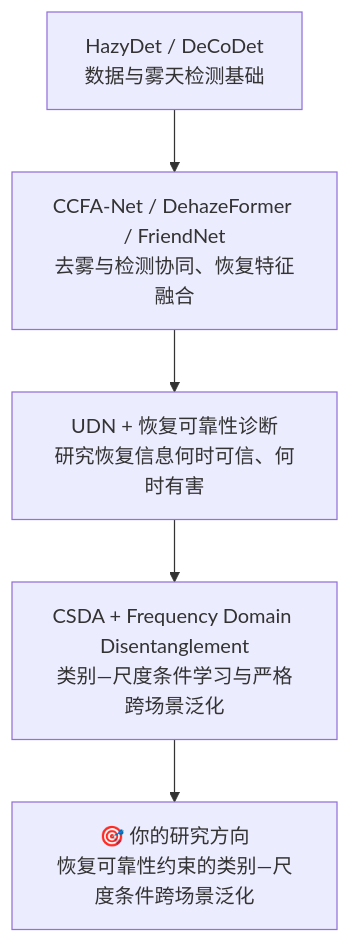
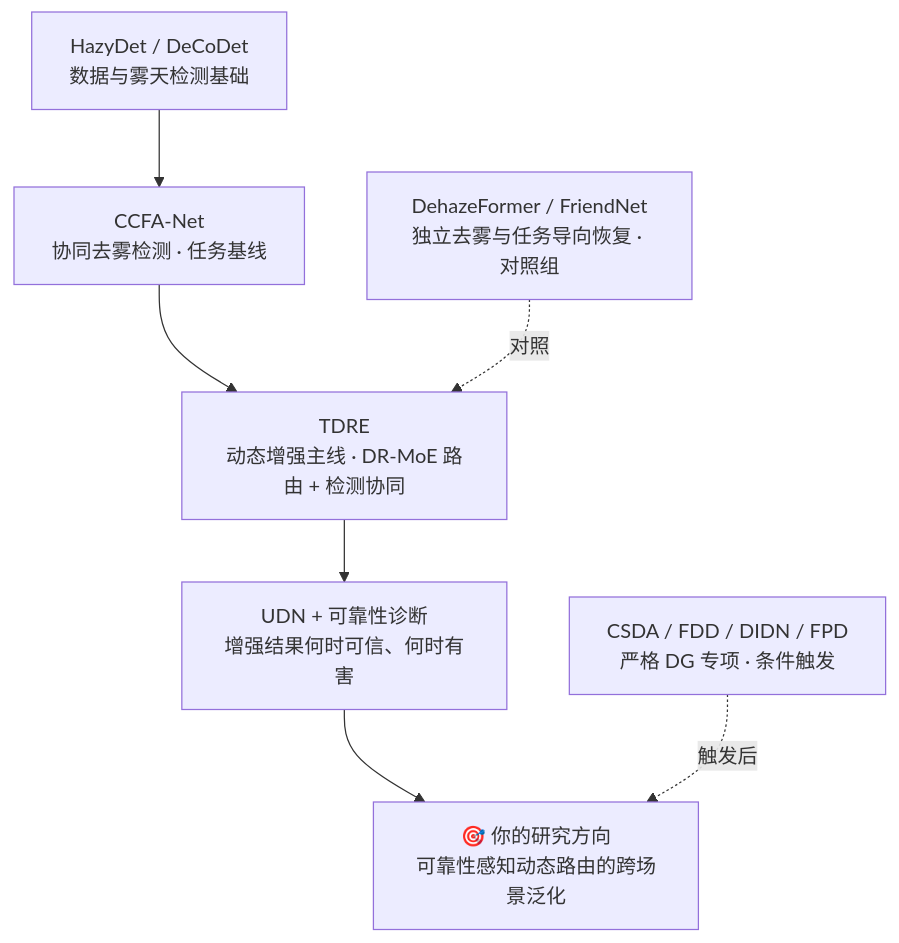
Before and after one commit to 139876/paper-notes: the diagram in 论文精读/文献地图-四层优先级.md, drawn with Mermaid. The commit also changed other lines of this file and 1 other file, not shown here.

````diff
--- a/论文精读/文献地图-四层优先级.md
+++ b/论文精读/文献地图-四层优先级.md
@@ -193,8 +225,10 @@
 ```mermaid
 flowchart TD
     A["HazyDet / DeCoDet<br/>数据与雾天检测基础"] --> B
-    B["CCFA-Net / DehazeFormer / FriendNet<br/>去雾与检测协同、恢复特征融合"] --> C
-    C["UDN + 恢复可靠性诊断<br/>研究恢复信息何时可信、何时有害"] --> D
-    D["CSDA + Frequency Domain Disentanglement<br/>类别—尺度条件学习与严格跨场景泛化"] --> E
-    E["🎯 你的研究方向<br/>恢复可靠性约束的类别—尺度条件跨场景泛化"]
+B["CCFA-Net<br/>协同去雾检测 · 任务基线"] --> C
+C["TDRE<br/>动态增强主线 · DR-MoE 路由 + 检测协同"] --> D
+D["UDN + 可靠性诊断<br/>增强结果何时可信、何时有害"] --> E
+E["🎯 你的研究方向<br/>可靠性感知动态路由的跨场景泛化"]
+F["DehazeFormer / FriendNet<br/>独立去雾与任务导向恢复 · 对照组"] -.对照.-> C
+G["CSDA / FDD / DIDN / FPD<br/>严格 DG 专项 · 条件触发"] -.触发后.-> E
 ```
````
